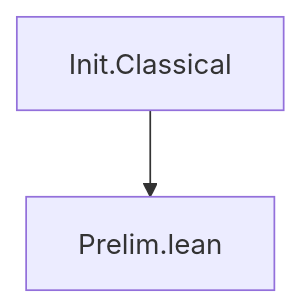
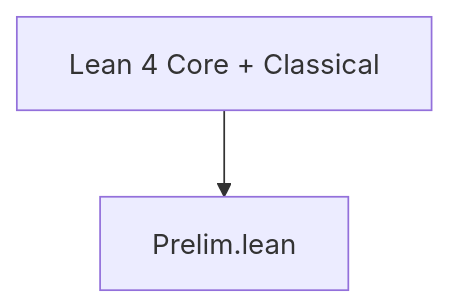
One commit to julian1c2a/Robinson changed the diagram in REFERENCE.md. Above: the diagram before and after it, drawn with Mermaid. The commit also changed other lines of this file, not shown here.

````diff
--- a/REFERENCE.md
+++ b/REFERENCE.md
@@ -99,4 +99,4 @@
 ```mermaid
 graph TD
-    IC[Init.Classical] --> P[Prelim.lean]
+    LC[Lean 4 Core + Classical] --> P[Prelim.lean]
 ```
````
